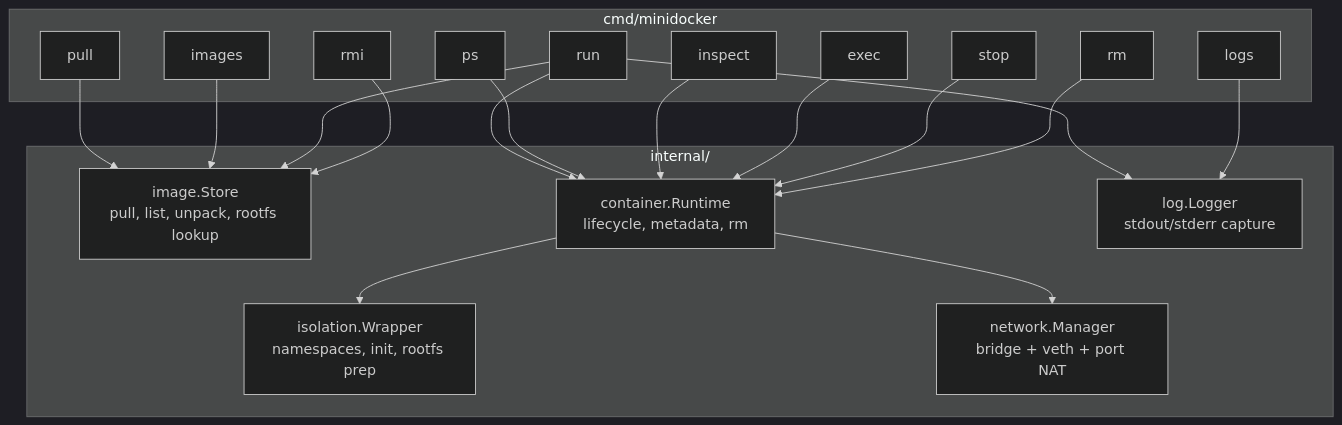
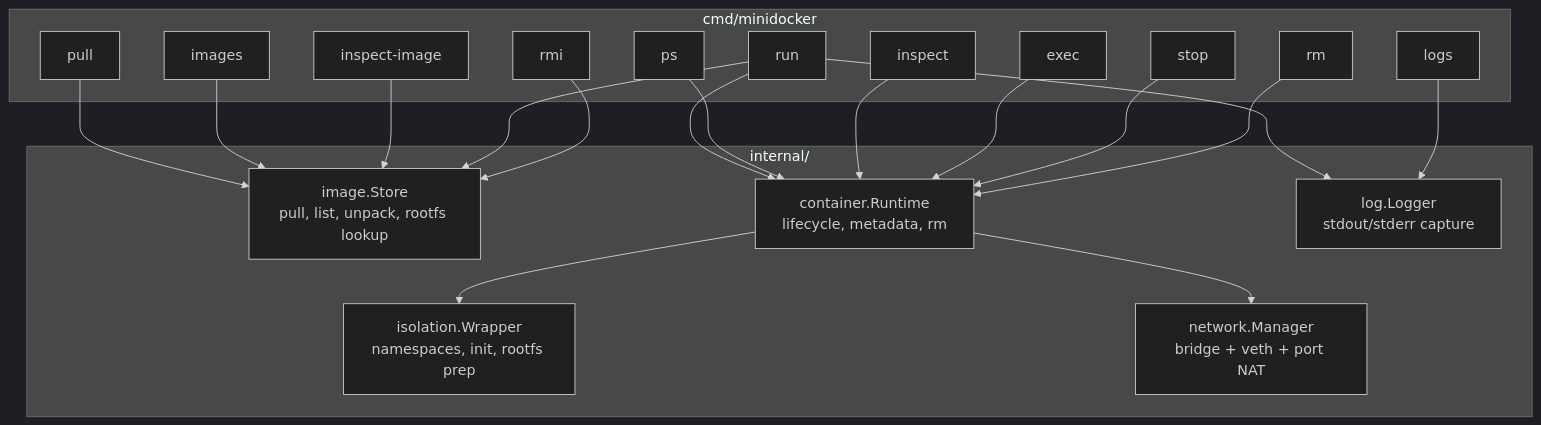
Before and after one commit to dannysecurity/minidocker: the first of 7 diagrams in README.md, drawn with Mermaid (dark theme). The commit also changed other lines of this file and 3 other files, not shown here.

First line of the commit message:
Document image store architecture and enrich inspect-image output

````diff
--- a/README.md
+++ b/README.md
@@ -66,38 +69,40 @@
 ```mermaid
 flowchart TB
   subgraph CLI["cmd/minidocker"]
     pull[pull]
     images[images]
+    inspectImage[inspect-image]
     run[run]
     ps[ps]
     inspect[inspect]
     logs[logs]
     exec[exec]
     stop[stop]
     rm[rm]
     rmi[rmi]
   end
 
   subgraph Internal["internal/"]
     image["image.Store\npull, list, unpack, rootfs lookup"]
     container["container.Runtime\nlifecycle, metadata, rm"]
     isolation["isolation.Wrapper\nnamespaces, init, rootfs prep"]
     network["network.Manager\nbridge + veth + port NAT"]
     log["log.Logger\nstdout/stderr capture"]
   end
 
   pull --> image
   images --> image
+  inspectImage --> image
   run --> image
   run --> container
   run --> log
   container --> isolation
   container --> network
   ps --> container
   inspect --> container
   logs --> log
   exec --> container
   stop --> container
   rm --> container
   rmi --> image
 ```
````
